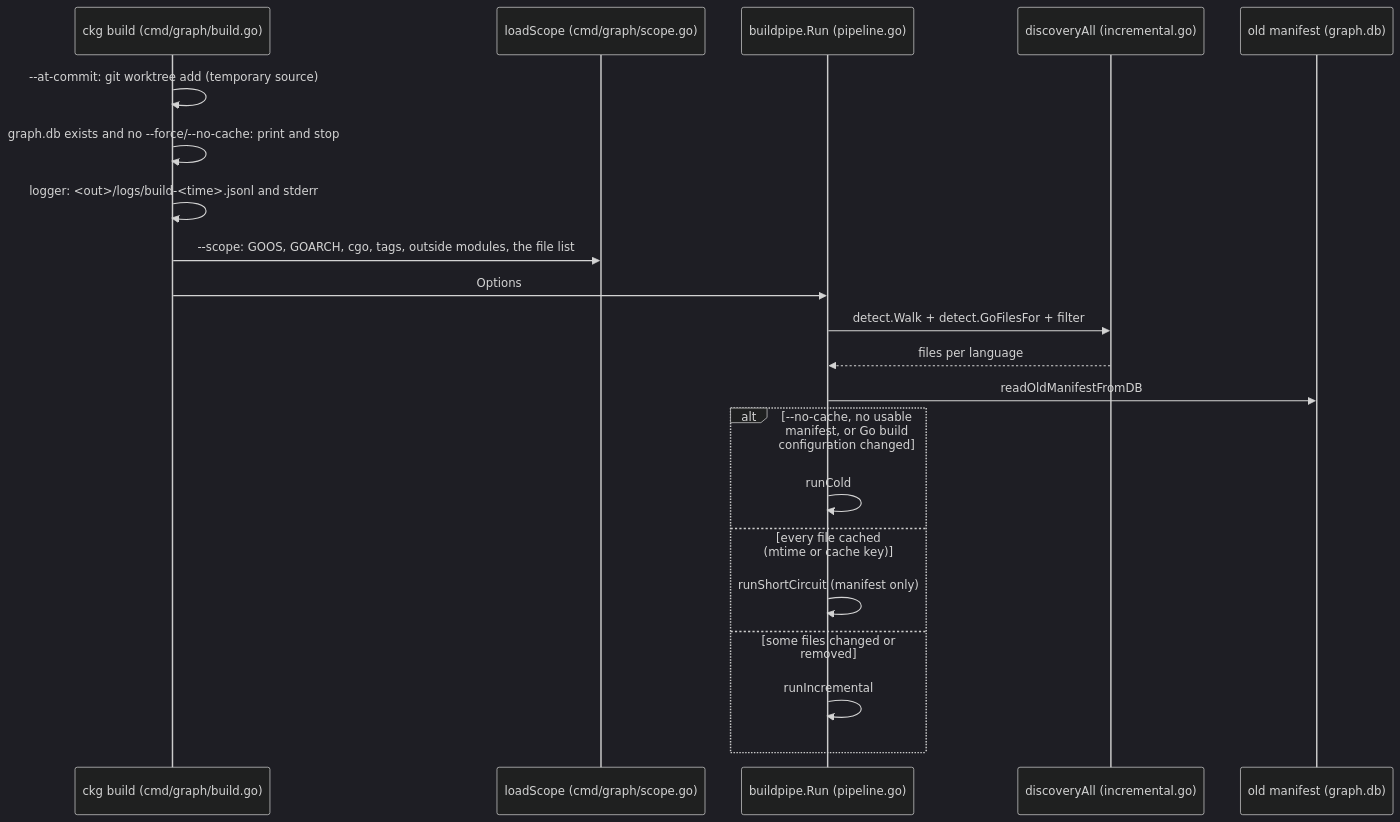
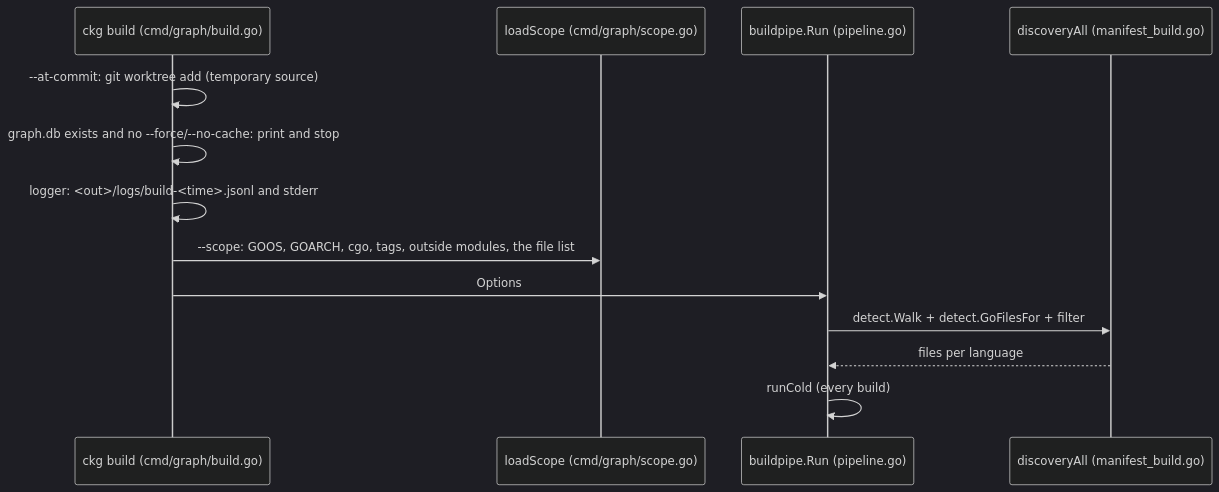
One commit to 0xmhha/knowledge-system changed the second of 7 diagrams in docs/graph/CKG-STRUCTURE.md. Above: the diagram before and after it, drawn with Mermaid (dark theme). The commit also changed other lines of this file and 91 other files, not shown here.

````diff
--- a/docs/graph/CKG-STRUCTURE.md
+++ b/docs/graph/CKG-STRUCTURE.md
@@ -105,23 +105,15 @@
 ```mermaid
 sequenceDiagram
   participant U as ckg build (cmd/graph/build.go)
   participant S as loadScope (cmd/graph/scope.go)
   participant R as buildpipe.Run (pipeline.go)
-  participant D as discoveryAll (incremental.go)
-  participant M as old manifest (graph.db)
+  participant D as discoveryAll (manifest_build.go)
   U->>U: --at-commit: git worktree add (temporary source)
   U->>U: graph.db exists and no --force/--no-cache: print and stop
   U->>U: logger: <out>/logs/build-<time>.jsonl and stderr
   U->>S: --scope: GOOS, GOARCH, cgo, tags, outside modules, the file list
   U->>R: Options
   R->>D: detect.Walk + detect.GoFilesFor + filter
   D-->>R: files per language
-  R->>M: readOldManifestFromDB
-  alt --no-cache, no usable manifest, or Go build configuration changed
-    R->>R: runCold
-  else every file cached (mtime or cache key)
-    R->>R: runShortCircuit (manifest only)
-  else some files changed or removed
-    R->>R: runIncremental
-  end
+  R->>R: runCold (every build)
 ```
````
